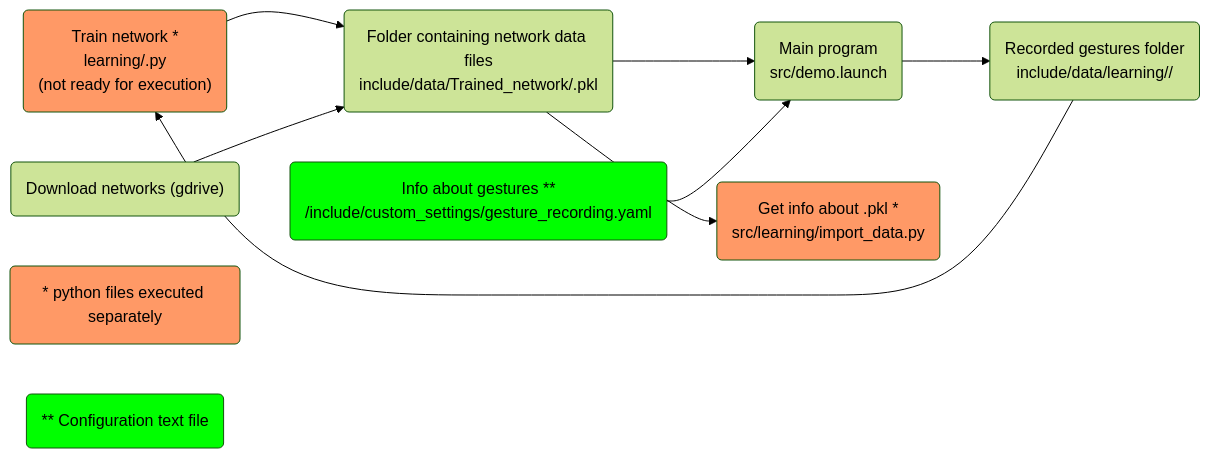
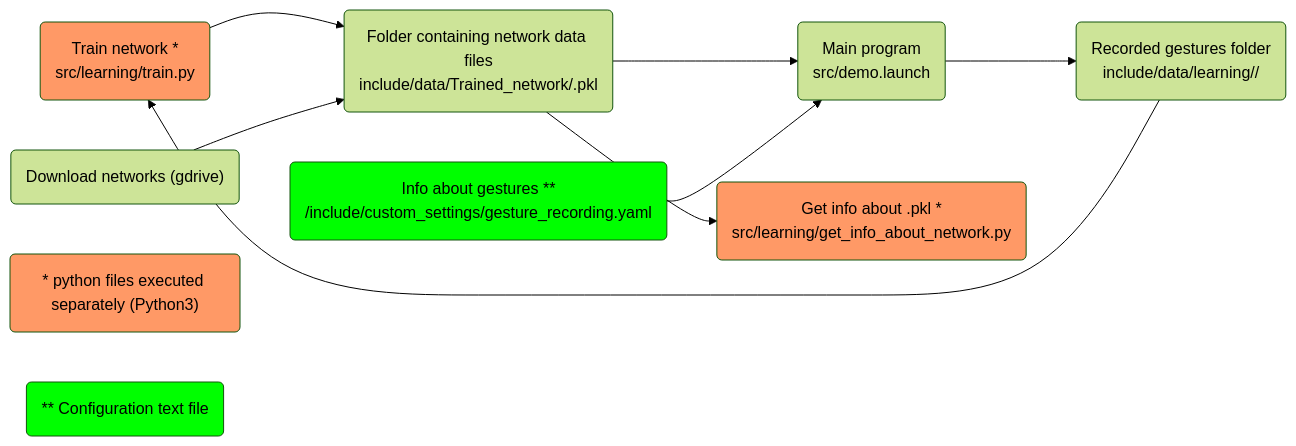
Before and after one commit to imitrob/teleop_gesture_toolbox: the diagram in README.md, drawn with Mermaid (forest theme). The commit also changed 15 other files, not shown here.

````diff
--- a/README.md
+++ b/README.md
@@ -78,17 +78,17 @@
 ```mermaid
 graph LR;
 classDef someclass fill:#f96;
 classDef someclass2 fill:#00FF00;
 
-A("Train network *<br>learning/<pymc n>.py<br>(not ready for execution)"):::someclass --> B("Folder containing network data files<br>include/data/Trained_network/<network x>.pkl")
+A("Train network *<br>src/learning/train.py<br>"):::someclass --> B("Folder containing network data files<br>include/data/Trained_network/<network x>.pkl")
 C("Download networks (gdrive)<br><inside user interface>") --> B
 B --> D("Main program<br>src/demo.launch")
 E("Info about gestures **<br>/include/custom_settings/gesture_recording.yaml"):::someclass2 --> D
-B --> F("Get info about <network x>.pkl *<br>src/learning/import_data.py"):::someclass
+B --> F("Get info about <network x>.pkl *<br>src/learning/get_info_about_network.py"):::someclass
 
-G("* python files executed separately"):::someclass
+G("* python files executed separately (Python3)"):::someclass
 H("** Configuration text file"):::someclass2
 
 I("Recorded gestures folder<br>include/data/learning/<gesture n>/<recording m>") --> A
 D --> I
 ```
````
